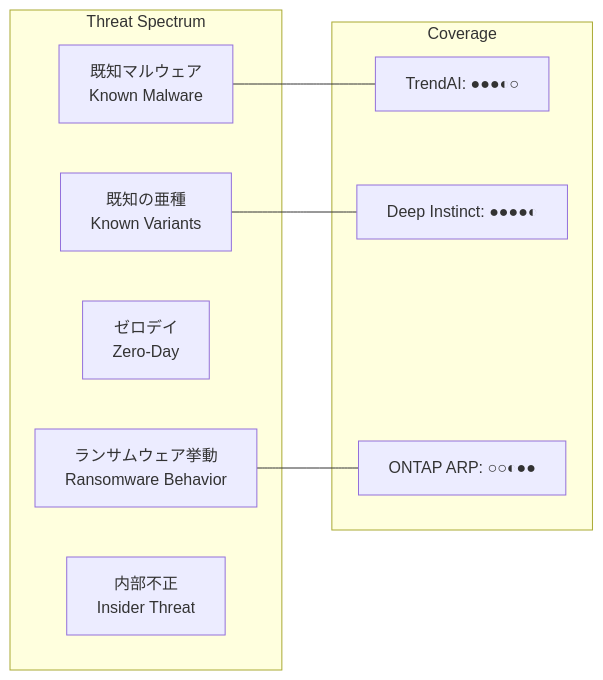
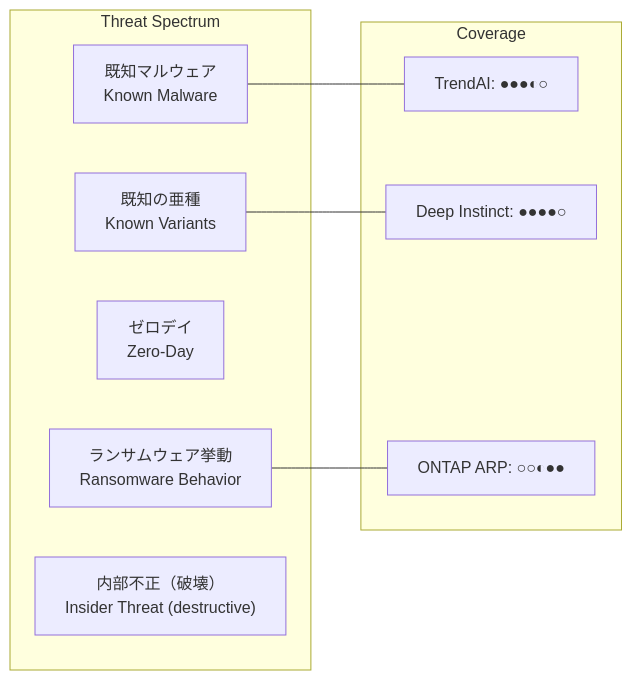
One commit to Yoshiki0705/FSx-for-ONTAP-Cyber-Resilience-Patterns changed the first of 6 diagrams in docs/comparison-security-layers.md. Above: the diagram before and after it, drawn with Mermaid. The commit also changed other lines of this file and 25 other files, not shown here.

````diff
--- a/docs/comparison-security-layers.md
+++ b/docs/comparison-security-layers.md
@@ -107,20 +107,20 @@
 ```mermaid
 graph LR
     subgraph "Threat Spectrum"
         KNOWN["既知マルウェア<br/>Known Malware"]
         VARIANT["既知の亜種<br/>Known Variants"]
         ZERO["ゼロデイ<br/>Zero-Day"]
         RANSOM["ランサムウェア挙動<br/>Ransomware Behavior"]
-        INSIDER["内部不正<br/>Insider Threat"]
+        INSIDER["内部不正（破壊）<br/>Insider Threat (destructive)"]
     end
 
     subgraph "Coverage"
         T_COV["TrendAI: ●●●◐○"]
-        D_COV["Deep Instinct: ●●●●◐"]
+        D_COV["Deep Instinct: ●●●●○"]
         A_COV["ONTAP ARP: ○○◐●●"]
     end
 
     KNOWN --- T_COV
     VARIANT --- D_COV
     RANSOM --- A_COV
 ```
````
